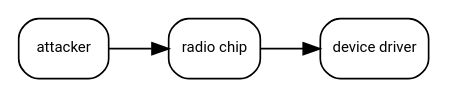
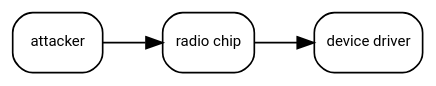
The diagram in 2021/04/09/prioritizing-memory-safety-migrations/surface-01.dot (noncombatant/noncombatant.github.io), drawn with Graphviz before and after one commit. The commit also changed 11 other files, not shown here.

```diff
--- a/2021/04/09/prioritizing-memory-safety-migrations/surface-01.dot
+++ b/2021/04/09/prioritizing-memory-safety-migrations/surface-01.dot
@@ -1,18 +1,19 @@
 digraph {
-  splines = polyline;
+  splines = polyline
   rankdir = LR
+  bgcolor = transparent
   node [
     shape = box
     style = rounded
     fontname = "Roboto"
     fontsize = 9
     margin = 0.1
-  ];
+  ]
 
-  attacker [ label = "attacker" ];
-  radio [ label = "radio chip" ];
-  kernel [ label = "device driver" ];
+  attacker [ label = "attacker" ]
+  radio [ label = "radio chip" ]
+  kernel [ label = "device driver" ]
 
   attacker -> radio
   radio -> kernel
 }
```
